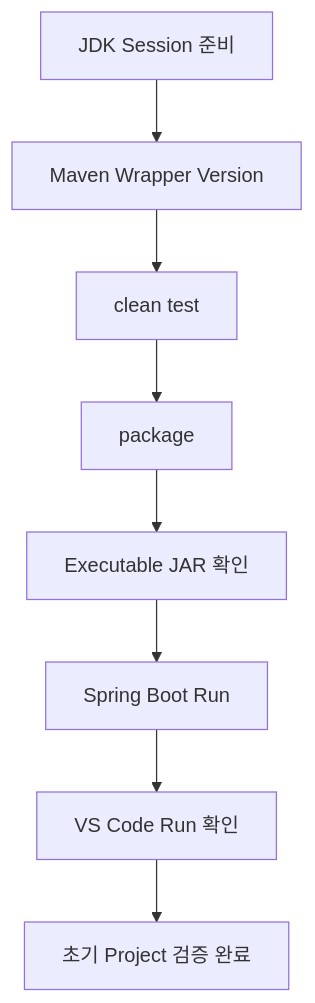
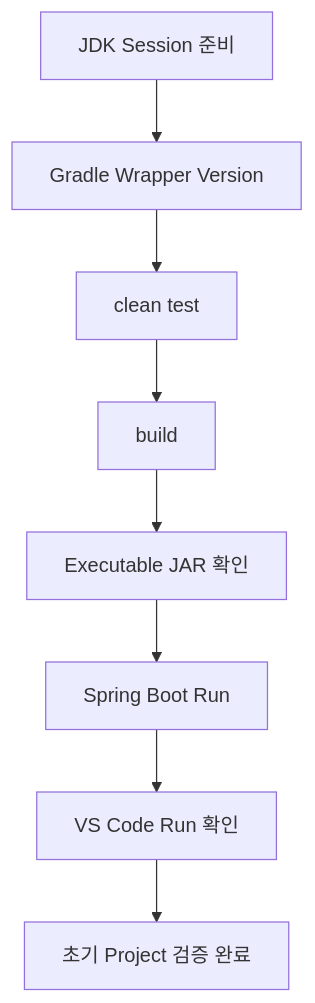
One commit to Team-Microserver/microserver-docs changed the first of 2 diagrams in docs/01_project_start/03_project_creation/project_verification/project_initial_run_verification.md. Above: the diagram before and after it, drawn with Mermaid. The commit also changed other lines of this file and 30 other files, not shown here.

````diff
--- a/docs/01_project_start/03_project_creation/project_verification/project_initial_run_verification.md
+++ b/docs/01_project_start/03_project_creation/project_verification/project_initial_run_verification.md
@@ -60,11 +60,11 @@
 ```mermaid
 flowchart TD
     A[JDK Session 준비]
-    A --> B[Maven Wrapper Version]
+    A --> B[Gradle Wrapper Version]
     B --> C[clean test]
-    C --> D[package]
+    C --> D[build]
     D --> E[Executable JAR 확인]
     E --> F[Spring Boot Run]
     F --> G[VS Code Run 확인]
     G --> H[초기 Project 검증 완료]
 ```
````
